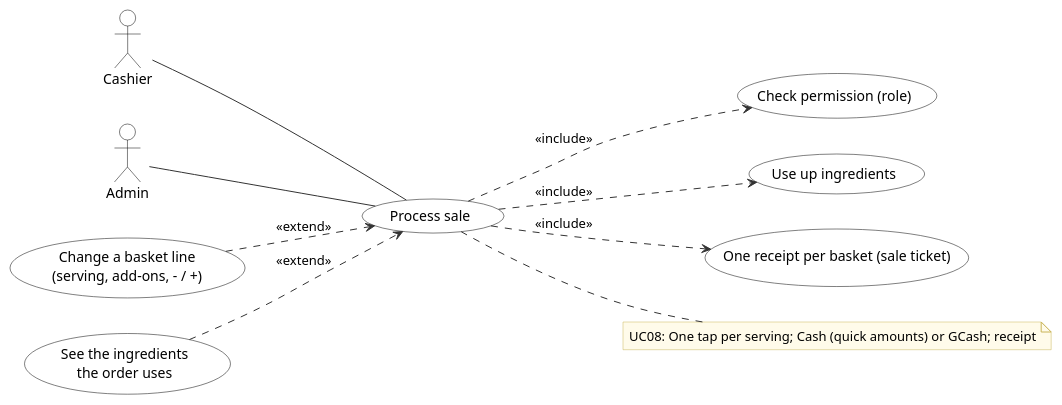
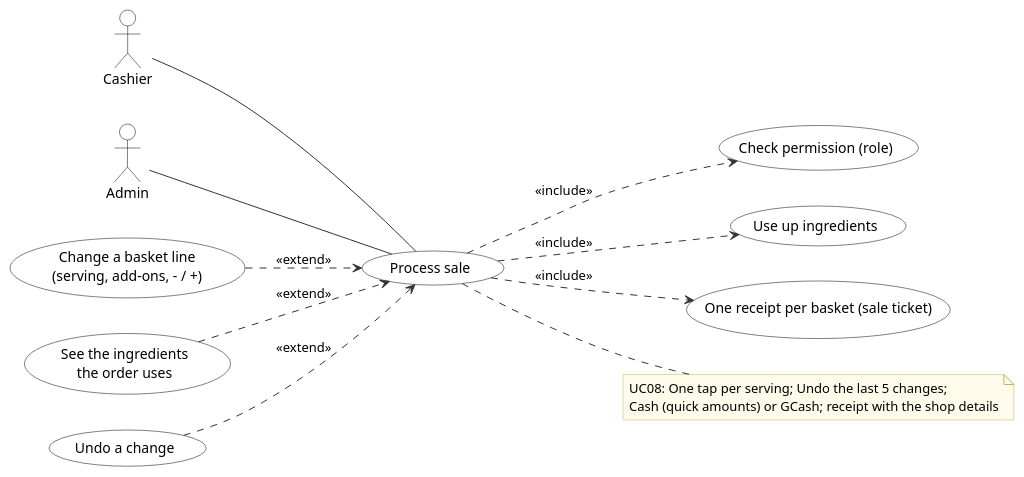
One commit to JmlAsync/inventory-pos-system changed the diagram in diagrams/uml/14_UC08_process_sale.puml. Above: the diagram before and after it, drawn with PlantUML. The commit also changed 82 other files, not shown here.

```diff
--- a/diagrams/uml/14_UC08_process_sale.puml
+++ b/diagrams/uml/14_UC08_process_sale.puml
@@ -1,61 +1,64 @@
 @startuml
-' Use case UC08 Process sale - Inventory & POS System v0.20.4 (report, Lecture 5; redrawn 2026-10-12)
+' Use case UC08 Process sale - Inventory & POS System v0.32.0 (report, Lecture 5-7; redrawn 2026-10-27)
 ' Edit: paste into draw.io (Arrange > Insert > Advanced > PlantUML) or planttext.com
 skinparam defaultFontName Arial
 skinparam shadowing false
 skinparam ArrowColor #333333
 skinparam rectangle {
   BackgroundColor White
   BorderColor Black
 }
 skinparam usecase {
   BackgroundColor White
   BorderColor Black
 }
 skinparam class {
   BackgroundColor White
   BorderColor Black
   HeaderBackgroundColor #E6F1EE
 }
 skinparam activity {
   BackgroundColor White
   BorderColor Black
 }
 skinparam state {
   BackgroundColor White
   BorderColor Black
 }
 skinparam sequence {
   ParticipantBackgroundColor White
   ParticipantBorderColor Black
   LifeLineBorderColor #888888
   ActorBorderColor Black
   ActorBackgroundColor White
 }
 skinparam note {
   BackgroundColor #FFFBEA
   BorderColor #C9B458
 }
 skinparam swimlaneWidth same
 hide circle
 
 left to right direction
-actor "Cashier" as Cashier
-actor "Admin" as Admin
+actor "Cashier" as A0
+actor "Admin" as A1
 usecase "Process sale" as U
 usecase "Check permission (role)" as I0
 U ..> I0 : <<include>>
 usecase "Use up ingredients" as I1
 U ..> I1 : <<include>>
 usecase "One receipt per basket (sale ticket)" as I2
 U ..> I2 : <<include>>
-Cashier -- U
-Admin -- U
-usecase "Change a basket line\n(serving, add-ons, - / +)" as E1
-usecase "See the ingredients\nthe order uses" as E2
+usecase "Change a basket line\n(serving, add-ons, - / +)" as E0
+E0 ..> U : <<extend>>
+usecase "See the ingredients\nthe order uses" as E1
 E1 ..> U : <<extend>>
+usecase "Undo a change" as E2
 E2 ..> U : <<extend>>
+A0 -- U
+A1 -- U
 note right of U
-  UC08: One tap per serving; Cash (quick amounts) or GCash; receipt
+  UC08: One tap per serving; Undo the last 5 changes;
+  Cash (quick amounts) or GCash; receipt with the shop details
 end note
 @enduml
```
